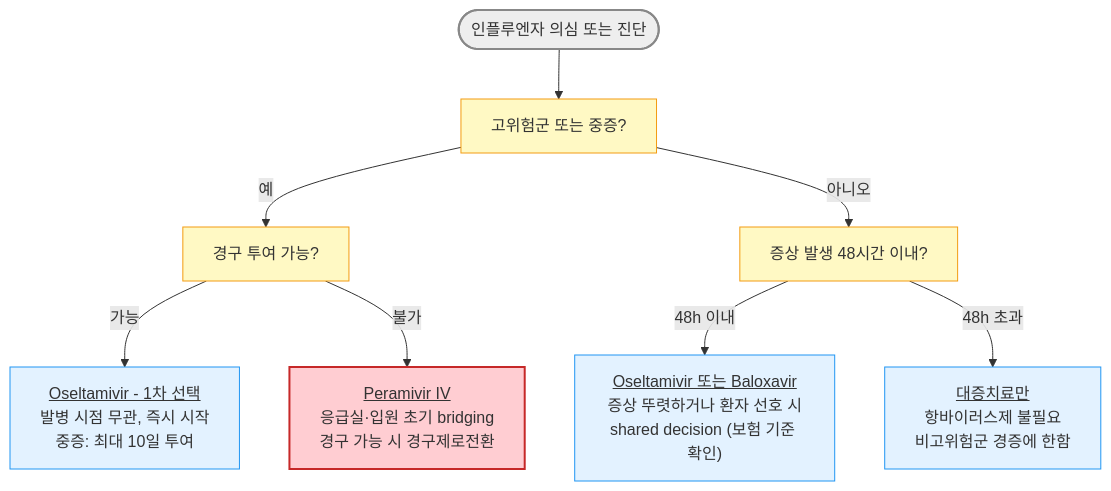
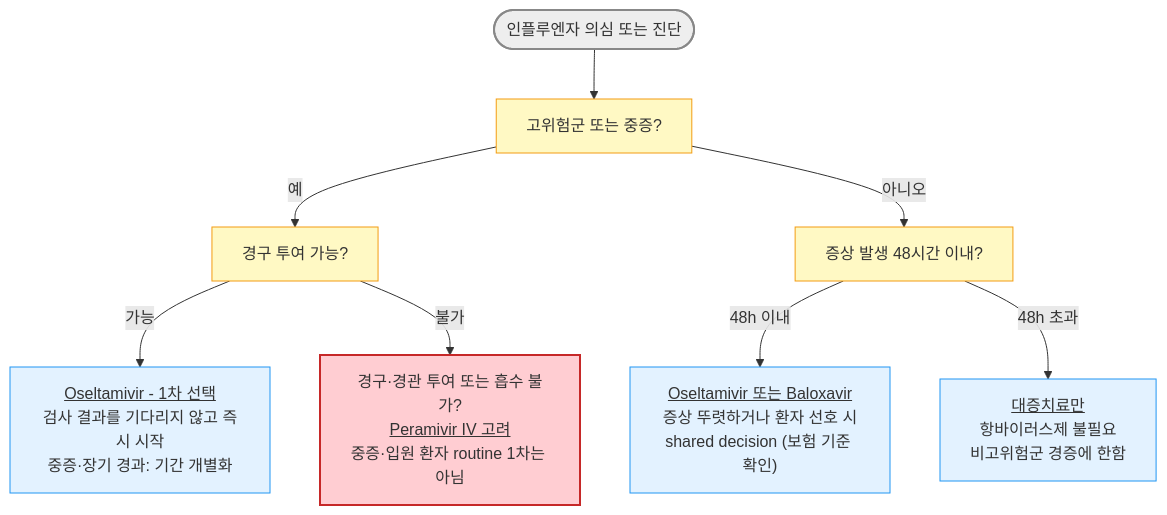
Before and after one commit to familyoh77/familyoh77: the diagram in 223_/069_-influenza.md, drawn with Mermaid. The commit also changed other lines of this file and 7 other files, not shown here.

````diff
--- a/223_/069_-influenza.md
+++ b/223_/069_-influenza.md
@@ -139,28 +145,28 @@
 ```mermaid
 graph TD
     Start([인플루엔자 의심 또는 진단])
 
     Q1[고위험군 또는 중증?]
     Q2[증상 발생 48시간 이내?]
     Q3[경구 투여 가능?]
 
-    R1["<u>Oseltamivir - 1차 선택</u><br/>발병 시점 무관, 즉시 시작<br/>중증: 최대 10일 투여"]
+    R1["<u>Oseltamivir - 1차 선택</u><br/>검사 결과를 기다리지 않고 즉시 시작<br/>중증·장기 경과: 기간 개별화"]
     R2["<u>Oseltamivir 또는 Baloxavir</u><br/>증상 뚜렷하거나 환자 선호 시<br/>shared decision (보험 기준 확인)"]
     R3["<u>대증치료만</u><br/>항바이러스제 불필요<br/>비고위험군 경증에 한함"]
-    R4["<u>Peramivir IV</u><br/>응급실·입원 초기 bridging<br/>경구 가능 시 경구제로전환"]
+    R4["경구·경관 투여 또는 흡수 불가?<br/><u>Peramivir IV 고려</u><br/>중증·입원 환자 routine 1차는 아님"]
 
     Start --> Q1
     Q1 -- 예 --> Q3
     Q1 -- 아니오 --> Q2
     Q2 -- 48h 이내 --> R2
     Q2 -- 48h 초과 --> R3
     Q3 -- 가능 --> R1
     Q3 -- 불가 --> R4
 
     style Start fill:#eeeeee,stroke:#888888,stroke-width:2px
 classDef yellow fill:#fff9c4,stroke:#f39c12
 class Q1,Q2,Q3 yellow
 classDef sky fill:#e3f2ff,stroke:#2196f3
 class R1,R2,R3 sky
     style R4 fill:#ffcdd2,stroke:#c62828,stroke-width:2px
 ```
````
